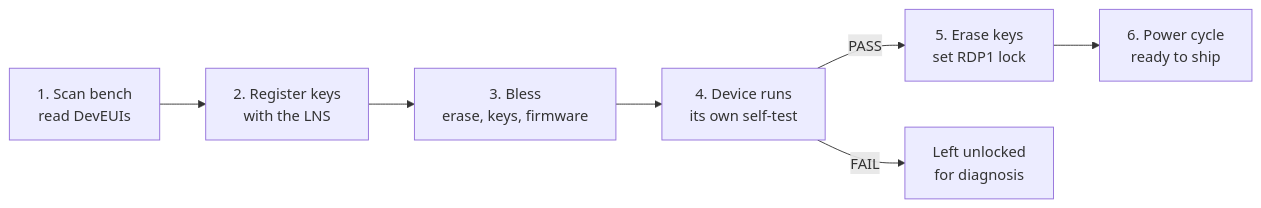
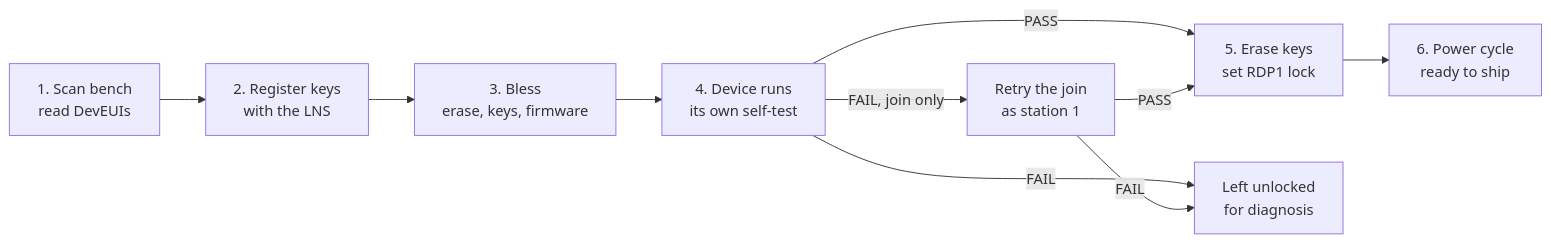
The diagram in confluence_blessing_overview.md (suyash-freespace/scaled_blessing), drawn with Mermaid before and after one commit. The commit also changed other lines of this file and 1 other file, not shown here.

````diff
--- a/confluence_blessing_overview.md
+++ b/confluence_blessing_overview.md
@@ -29,9 +29,12 @@
 ```mermaid
 flowchart LR
     A[1. Scan bench<br/>read DevEUIs] --> B[2. Register keys<br/>with the LNS]
     B --> C[3. Bless<br/>erase, keys, firmware]
     C --> D[4. Device runs<br/>its own self-test]
     D -->|PASS| E[5. Erase keys<br/>set RDP1 lock]
     D -->|FAIL| F[Left unlocked<br/>for diagnosis]
+    D -->|FAIL, join only| R[Retry the join<br/>as station 1]
+    R -->|PASS| E
+    R -->|FAIL| F
     E --> G[6. Power cycle<br/>ready to ship]
 ```
````
